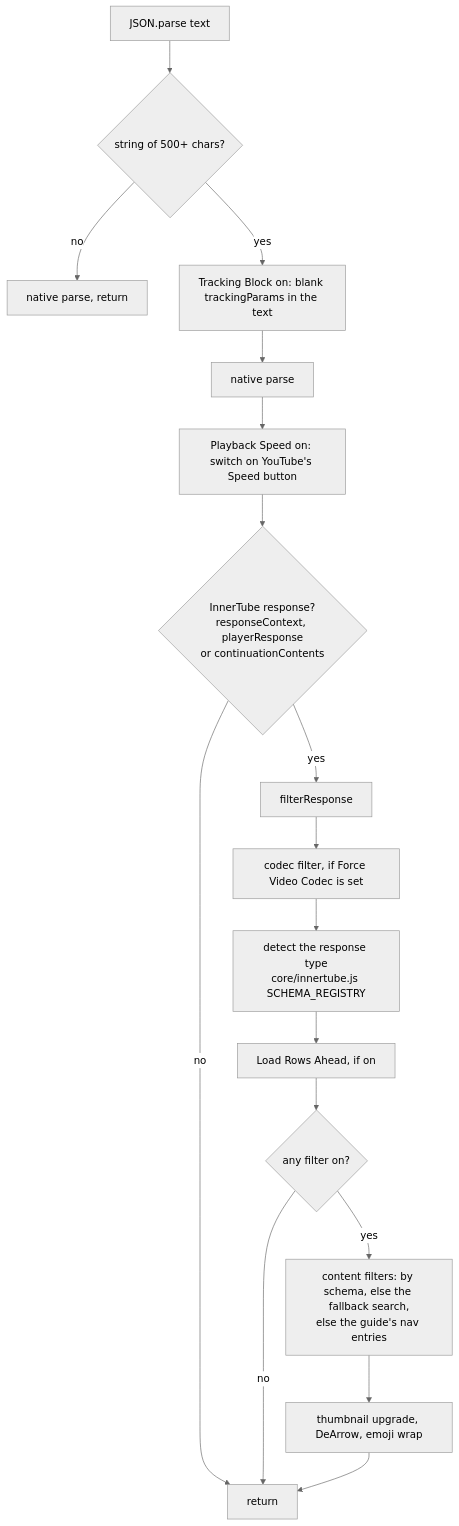
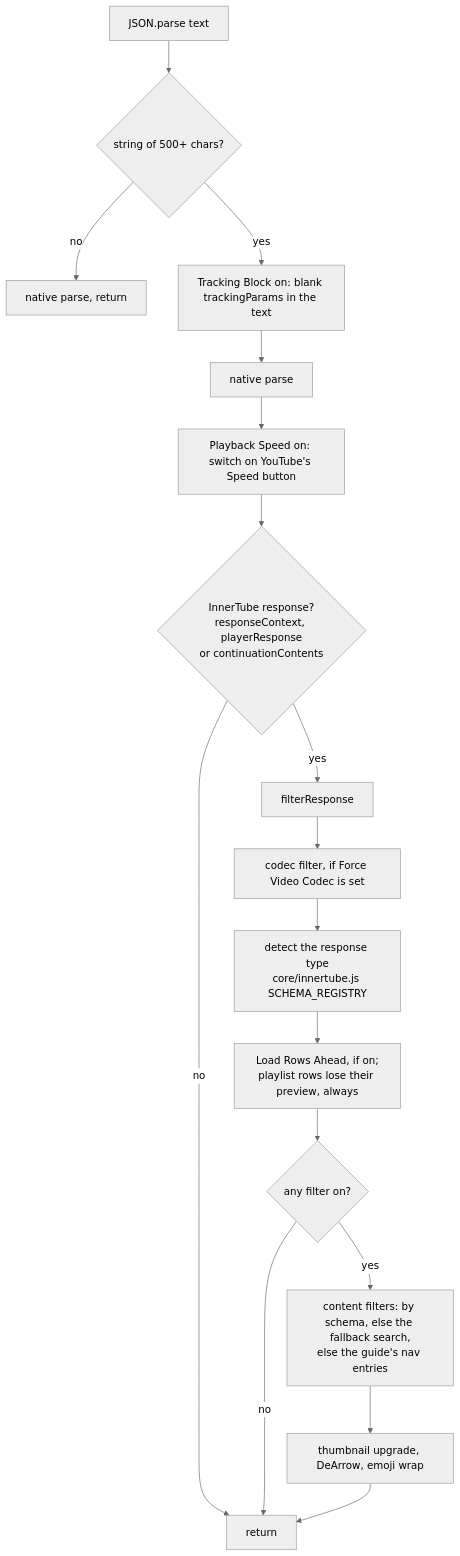
One commit to NicholasBly/youtube-webos changed the second of 2 diagrams in docs/ARCHITECTURE.md. Above: the diagram before and after it, drawn with Mermaid (neutral theme). The commit also changed other lines of this file and 27 other files, not shown here.

````diff
--- a/docs/ARCHITECTURE.md
+++ b/docs/ARCHITECTURE.md
@@ -137,19 +138,19 @@
 ```mermaid
 flowchart TD
   P[JSON.parse text] --> S{string of 500+ chars?}
   S -- no --> N[native parse, return]
   S -- yes --> T[Tracking Block on: blank trackingParams in the text]
   T --> Q[native parse]
   Q --> Q2[Playback Speed on: switch on YouTube's Speed button]
   Q2 --> R{InnerTube response?<br/>responseContext, playerResponse<br/>or continuationContents}
   R -- no --> X[return]
   R -- yes --> F[filterResponse]
   F --> F1[codec filter, if Force Video Codec is set]
   F1 --> F2[detect the response type<br/>core/innertube.js SCHEMA_REGISTRY]
-  F2 --> F3[Load Rows Ahead, if on]
+  F2 --> F3[Load Rows Ahead, if on;<br/>playlist rows lose their preview, always]
   F3 --> F4{any filter on?}
   F4 -- no --> X
   F4 -- yes --> F5[content filters: by schema, else the fallback search,<br/>else the guide's nav entries]
   F5 --> F6[thumbnail upgrade, DeArrow, emoji wrap]
   F6 --> X
 ```
````
